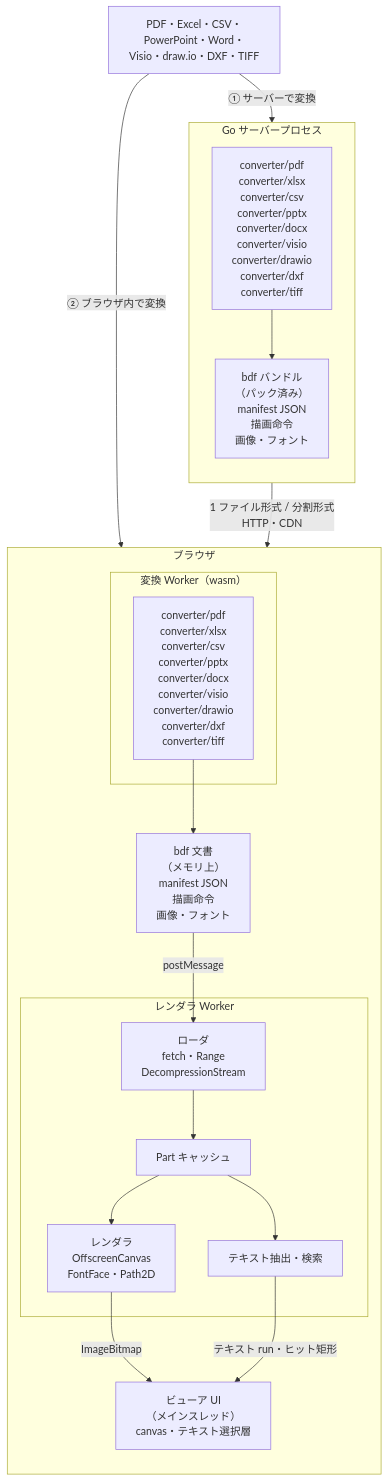
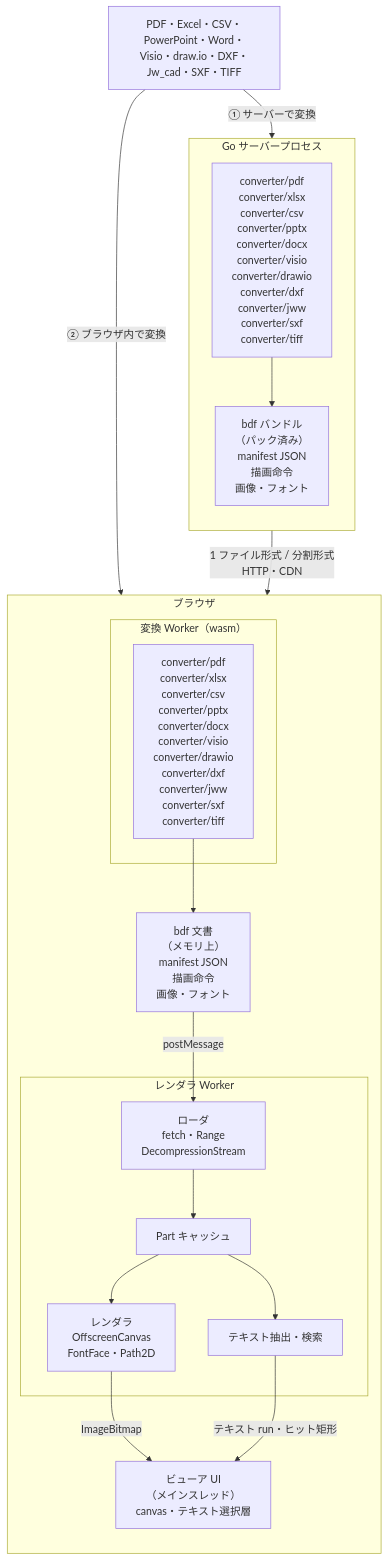
Before and after one commit to shibukawa/bdf: the diagram in README.ja.md, drawn with Mermaid. The commit also changed other lines of this file and 51 other files, not shown here.

First line of the commit message:
Add Jw_cad (.jww) converter to BDF, with fixed-pitch and vertical text (#18)

````diff
--- a/README.ja.md
+++ b/README.ja.md
@@ -13,37 +13,37 @@
 ```mermaid
 flowchart TB
-    SRC["PDF・Excel・CSV・PowerPoint・Word・Visio・draw.io・DXF・TIFF"]
+    SRC["PDF・Excel・CSV・PowerPoint・Word・Visio・draw.io・DXF・Jw_cad・SXF・TIFF"]
 
     subgraph SERVER["Go サーバープロセス"]
         direction TB
-        SCONV["converter/pdf<br/>converter/xlsx<br/>converter/csv<br/>converter/pptx<br/>converter/docx<br/>converter/visio<br/>converter/drawio<br/>converter/dxf<br/>converter/tiff"]
+        SCONV["converter/pdf<br/>converter/xlsx<br/>converter/csv<br/>converter/pptx<br/>converter/docx<br/>converter/visio<br/>converter/drawio<br/>converter/dxf<br/>converter/jww<br/>converter/sxf<br/>converter/tiff"]
         BUNDLE["bdf バンドル<br/>（パック済み）<br/>manifest JSON<br/>描画命令<br/>画像・フォント"]
         SCONV --> BUNDLE
     end
 
     subgraph BROWSER["ブラウザ"]
         direction TB
         subgraph CWORKER["変換 Worker（wasm）"]
-            WCONV["converter/pdf<br/>converter/xlsx<br/>converter/csv<br/>converter/pptx<br/>converter/docx<br/>converter/visio<br/>converter/drawio<br/>converter/dxf<br/>converter/tiff"]
+            WCONV["converter/pdf<br/>converter/xlsx<br/>converter/csv<br/>converter/pptx<br/>converter/docx<br/>converter/visio<br/>converter/drawio<br/>converter/dxf<br/>converter/jww<br/>converter/sxf<br/>converter/tiff"]
         end
         PARTS["bdf 文書<br/>（メモリ上）<br/>manifest JSON<br/>描画命令<br/>画像・フォント"]
         subgraph RWORKER["レンダラ Worker"]
             LOADER["ローダ<br/>fetch・Range<br/>DecompressionStream"]
             STORE["Part キャッシュ"]
             RENDER["レンダラ<br/>OffscreenCanvas<br/>FontFace・Path2D"]
             TEXT["テキスト抽出・検索"]
             LOADER --> STORE
             STORE --> RENDER
             STORE --> TEXT
         end
         UI["ビューア UI<br/>（メインスレッド）<br/>canvas・テキスト選択層"]
         WCONV --> PARTS
     end
 
     SRC -- "① サーバーで変換" --> SCONV
     SRC -- "② ブラウザ内で変換" --> WCONV
     BUNDLE -- "1 ファイル形式 / 分割形式<br/>HTTP・CDN" --> LOADER
     PARTS -- "postMessage" --> LOADER
     RENDER -- "ImageBitmap" --> UI
     TEXT -- "テキスト run・ヒット矩形" --> UI
 ```
````
